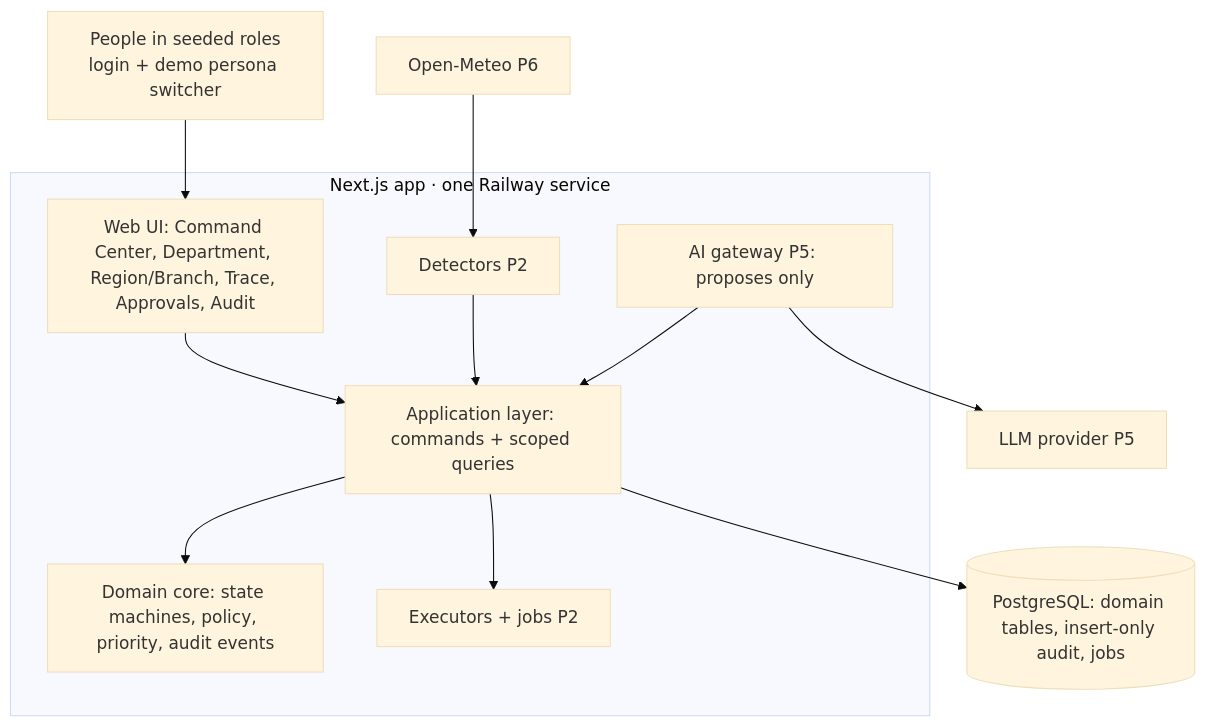
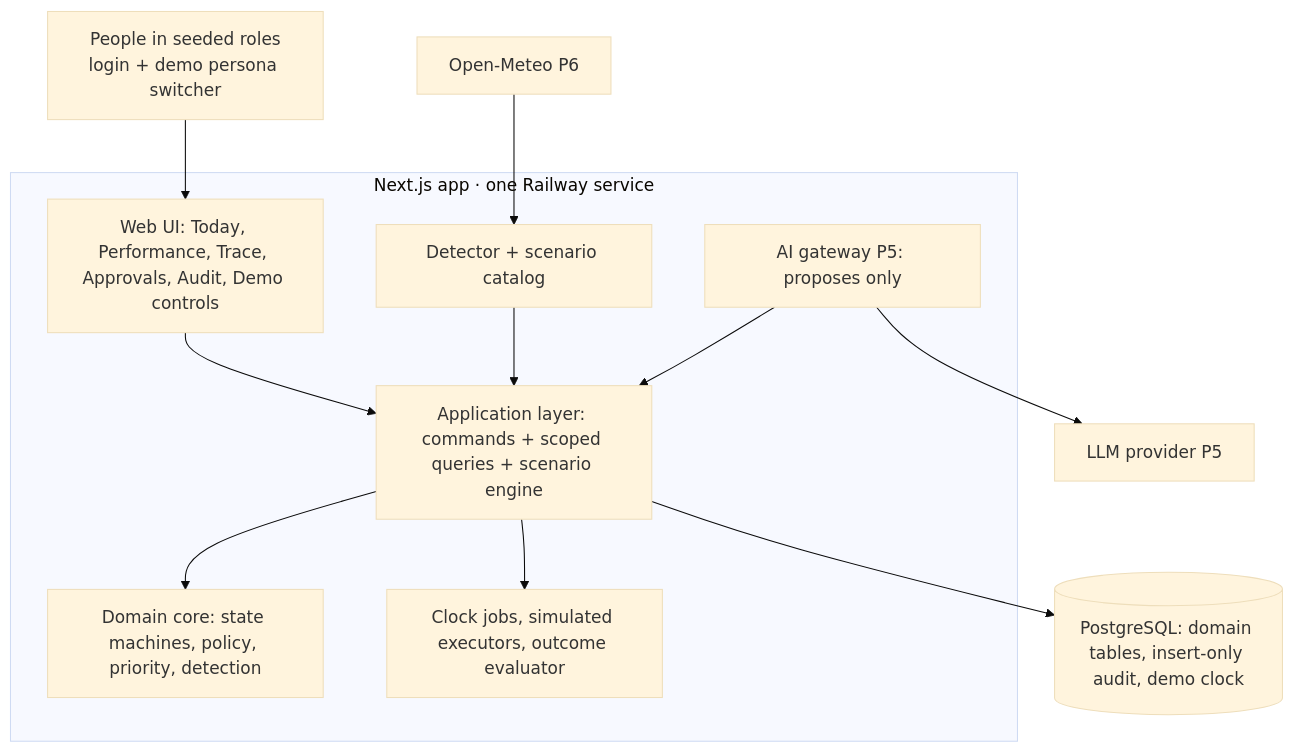
The diagram in docs/architecture.md (eranganot/Vector), drawn with Mermaid (base theme) before and after one commit. The commit also changed other lines of this file and 36 other files, not shown here.

````diff
--- a/docs/architecture.md
+++ b/docs/architecture.md
@@ -8,19 +9,19 @@
 ```mermaid
 graph TD
   U[People in seeded roles<br/>login + demo persona switcher] --> UI
   subgraph App["Next.js app · one Railway service"]
-    UI[Web UI: Command Center, Department, Region/Branch, Trace, Approvals, Audit]
-    APP[Application layer: commands + scoped queries]
-    DOM[Domain core: state machines, policy, priority, audit events]
-    DET[Detectors P2]
-    EXE[Executors + jobs P2]
+    UI[Web UI: Today, Performance, Trace, Approvals, Audit, Demo controls]
+    APP[Application layer: commands + scoped queries + scenario engine]
+    DOM[Domain core: state machines, policy, priority, detection]
+    DET[Detector + scenario catalog]
+    EXE[Clock jobs, simulated executors, outcome evaluator]
     AI[AI gateway P5: proposes only]
     UI --> APP --> DOM
     DET --> APP
     AI --> APP
     APP --> EXE
   end
-  APP --> PG[(PostgreSQL: domain tables, insert-only audit, jobs)]
+  APP --> PG[(PostgreSQL: domain tables, insert-only audit, demo clock)]
   AI --> LLM[LLM provider P5]
   EXT[Open-Meteo P6] --> DET
 ```
````
